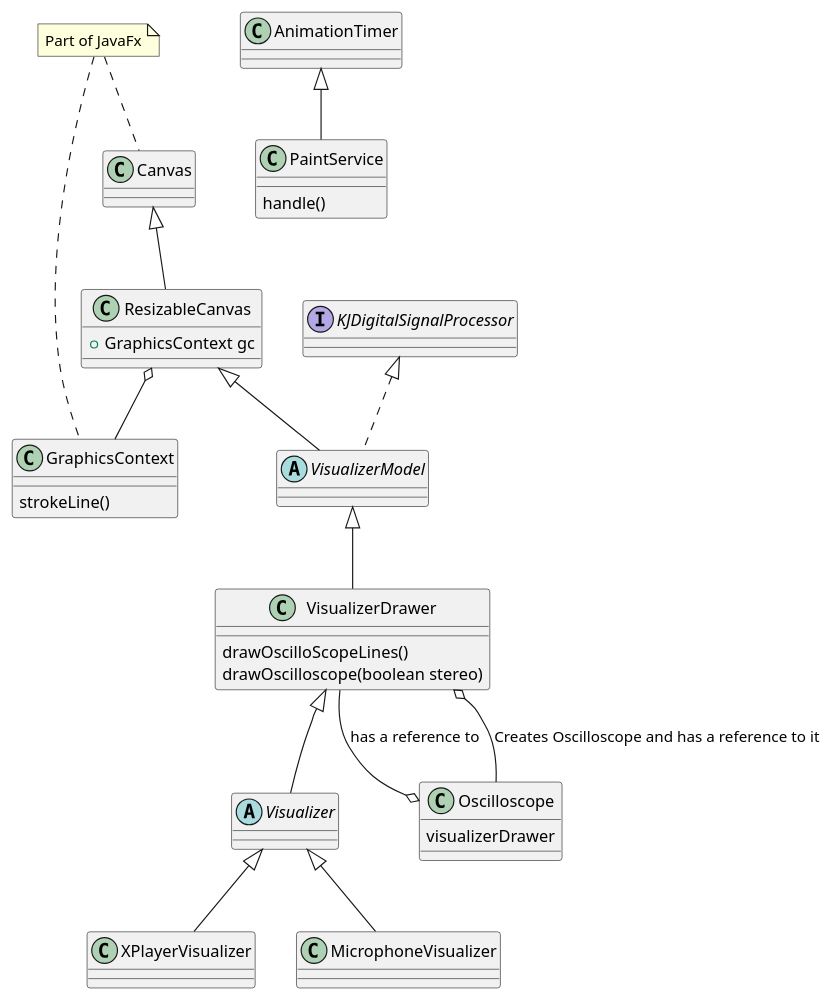
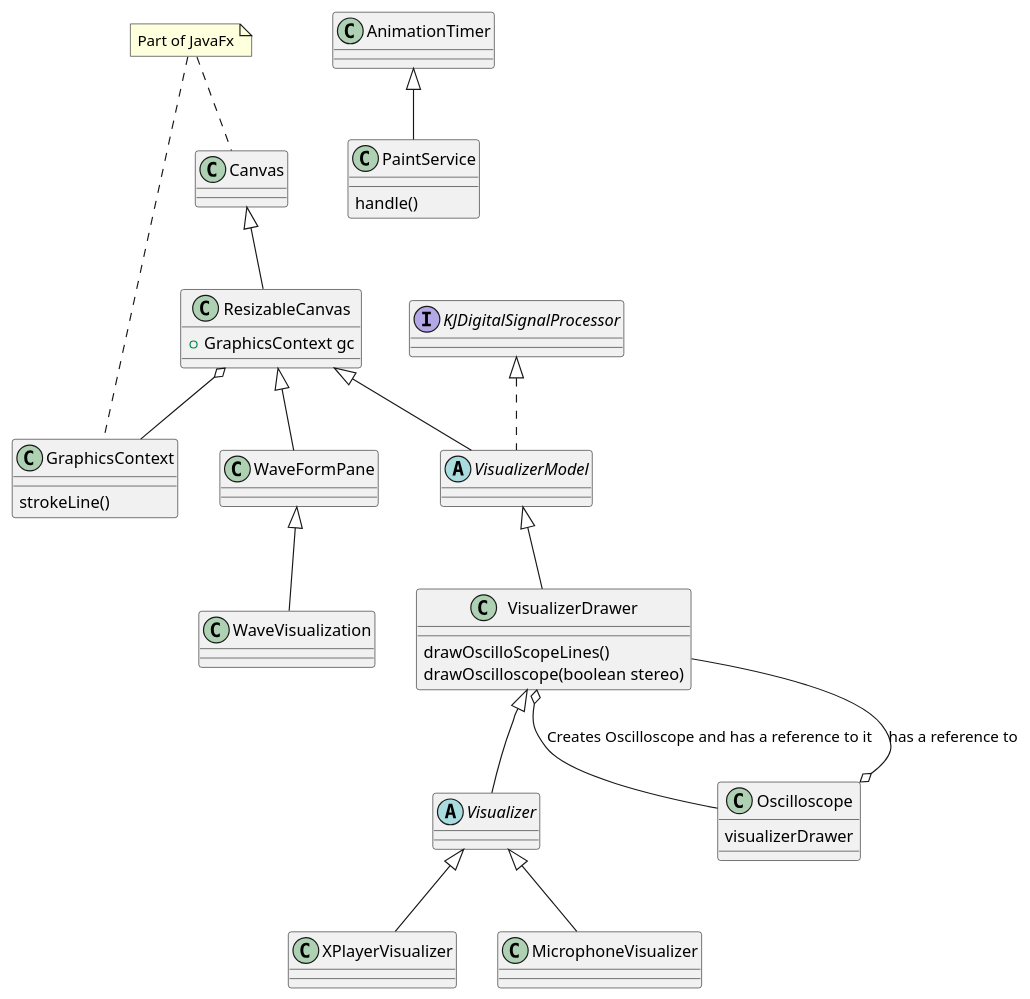
The diagram in src/main/resources/Oscilloscope.puml (HelgeStenstrom/xr3UsageExamples), drawn with PlantUML before and after one commit. The commit also changed 1 other file, not shown here.

Commit message:
more UML

```diff
--- a/src/main/resources/Oscilloscope.puml
+++ b/src/main/resources/Oscilloscope.puml
@@ -1,45 +1,49 @@
 @startuml
 
 note "Part of JavaFx" as N1
 N1 .. Canvas
 N1 .. GraphicsContext
 
 class GraphicsContext {
 strokeLine()
 }
 
 class Canvas
 
 class ResizableCanvas extends Canvas{
 +GraphicsContext gc
 }
 
 interface KJDigitalSignalProcessor
 
 abstract class VisualizerModel extends ResizableCanvas implements KJDigitalSignalProcessor
 
 class VisualizerDrawer extends VisualizerModel {
 drawOscilloScopeLines()
 drawOscilloscope(boolean stereo)
 }
 
 abstract class Visualizer extends VisualizerDrawer {
 }
 
 class XPlayerVisualizer extends Visualizer
 
 class MicrophoneVisualizer extends Visualizer
 
 class PaintService extends AnimationTimer {
 handle()
 }
 
 class Oscilloscope {
 visualizerDrawer
 }
 
+class WaveVisualization extends WaveFormPane
+
+class WaveFormPane extends ResizableCanvas
+
 Oscilloscope o-- VisualizerDrawer : has a reference to
 VisualizerDrawer o-- Oscilloscope : Creates Oscilloscope and has a reference to it
 ResizableCanvas o-- GraphicsContext
 
 @enduml
```
